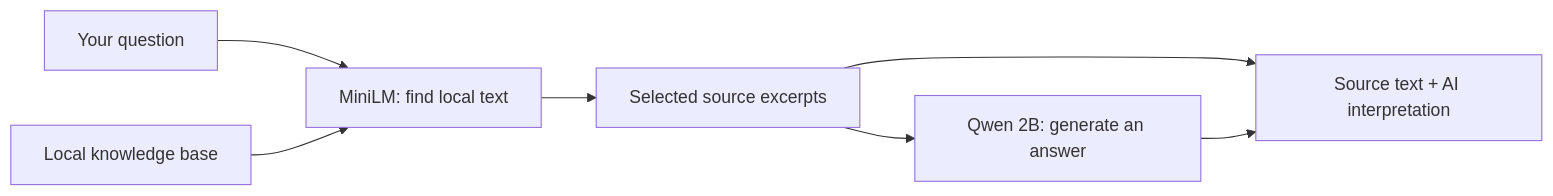
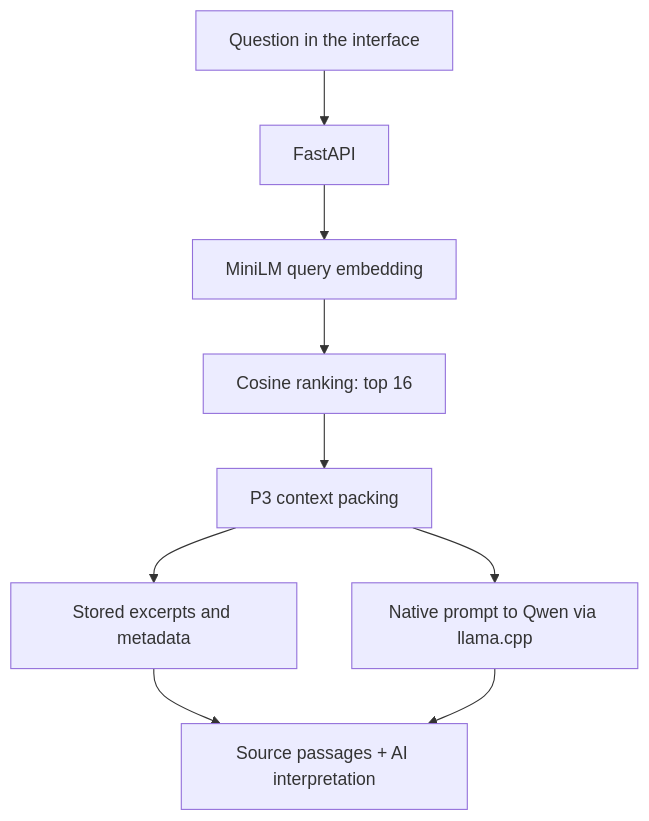
Before and after one commit to rajern/offline-ai-outdoor-companion: the second of 2 diagrams in README.md, drawn with Mermaid. The commit also changed other lines of this file and 17 other files, not shown here.

````diff
--- a/README.md
+++ b/README.md
@@ -24,9 +106,11 @@
 ```mermaid
-flowchart LR
-    Q[Your question] --> R[MiniLM: find local text]
-    K[Local knowledge base] --> R
-    R --> C[Selected source excerpts]
-    C --> M[Qwen 2B: generate an answer]
-    C --> U[Source text + AI interpretation]
-    M --> U
+flowchart TD
+    Q[Question in the interface] --> A[FastAPI]
+    A --> E[MiniLM query embedding]
+    E --> R[Cosine ranking: top 16]
+    R --> P[P3 context packing]
+    P --> M[Native prompt to Qwen via llama.cpp]
+    P --> S[Stored excerpts and metadata]
+    S --> V[Source passages + AI interpretation]
+    M --> V
 ```
````
